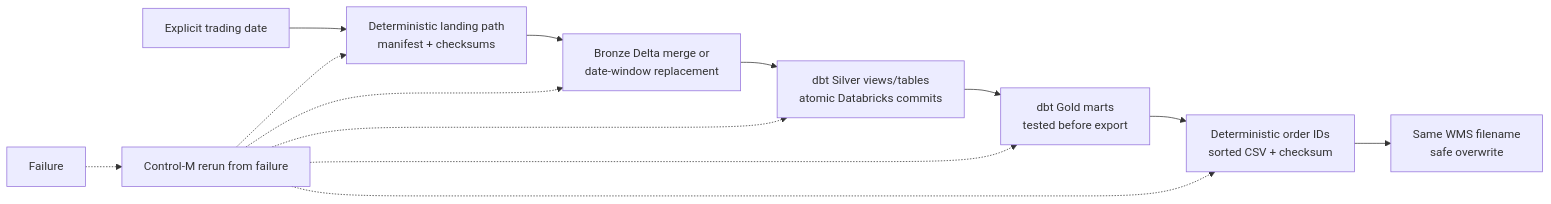
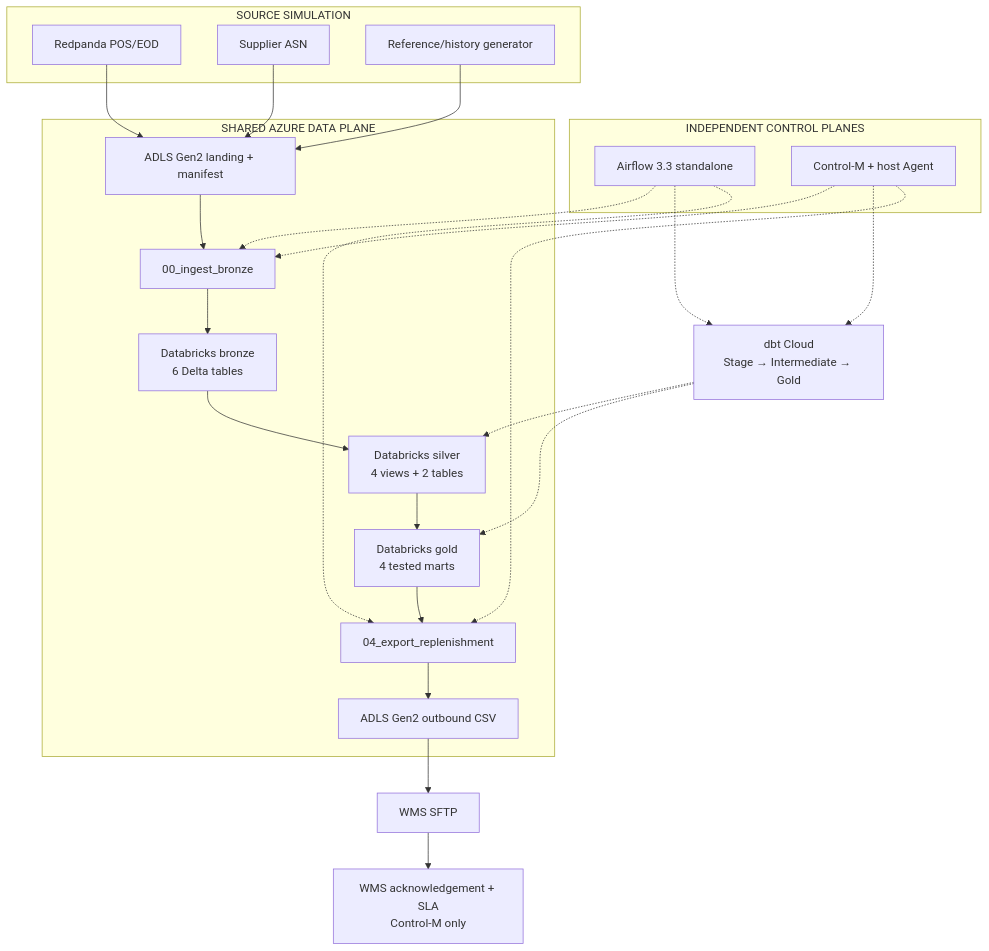
One commit to felipecaldas/dataengineering-bmc-demo changed the diagram in docs/ARCHITECTURE_DATABRICKS_TARGET.md. Above: the diagram before and after it, drawn with Mermaid. The commit also changed other lines of this file and 66 other files, not shown here.

Commit message:
Migrate demo data plane to Azure Databricks

````diff
--- a/docs/ARCHITECTURE_DATABRICKS_TARGET.md
+++ b/docs/ARCHITECTURE_DATABRICKS_TARGET.md
@@ -338,16 +30,42 @@
 ```mermaid
-flowchart LR
-    request["Explicit trading date"] --> landing["Deterministic landing path<br/>manifest + checksums"]
-    landing --> bronze["Bronze Delta merge or<br/>date-window replacement"]
-    bronze --> silver["dbt Silver views/tables<br/>atomic Databricks commits"]
-    silver --> gold["dbt Gold marts<br/>tested before export"]
-    gold --> export["Deterministic order IDs<br/>sorted CSV + checksum"]
-    export --> wms["Same WMS filename<br/>safe overwrite"]
+flowchart TB
+    subgraph inputs["SOURCE SIMULATION"]
+        rp["Redpanda POS/EOD"]
+        asn["Supplier ASN"]
+        ref["Reference/history generator"]
+    end
 
-    failed["Failure"] -.-> retry["Control-M rerun from failure"]
-    retry -.-> landing
-    retry -.-> bronze
-    retry -.-> silver
-    retry -.-> gold
-    retry -.-> export
+    subgraph orchestrators["INDEPENDENT CONTROL PLANES"]
+        airflow["Airflow 3.3 standalone"]
+        controlm["Control-M + host Agent"]
+    end
+
+    subgraph azure["SHARED AZURE DATA PLANE"]
+        landing["ADLS Gen2 landing + manifest"]
+        ingest["00_ingest_bronze"]
+        bronze["Databricks bronze<br/>6 Delta tables"]
+        silver["Databricks silver<br/>4 views + 2 tables"]
+        gold["Databricks gold<br/>4 tested marts"]
+        export["04_export_replenishment"]
+        outbound["ADLS Gen2 outbound CSV"]
+        landing --> ingest --> bronze --> silver --> gold --> export --> outbound
+    end
+
+    dbt["dbt Cloud<br/>Stage → Intermediate → Gold"]
+    wms["WMS SFTP"]
+    ack["WMS acknowledgement + SLA<br/>Control-M only"]
+
+    rp --> landing
+    asn --> landing
+    ref --> landing
+    airflow -.-> ingest
+    controlm -.-> ingest
+    airflow -.-> dbt
+    controlm -.-> dbt
+    dbt -.-> silver
+    dbt -.-> gold
+    airflow -.-> export
+    controlm -.-> export
+    outbound --> wms
+    wms --> ack
 ```
````
